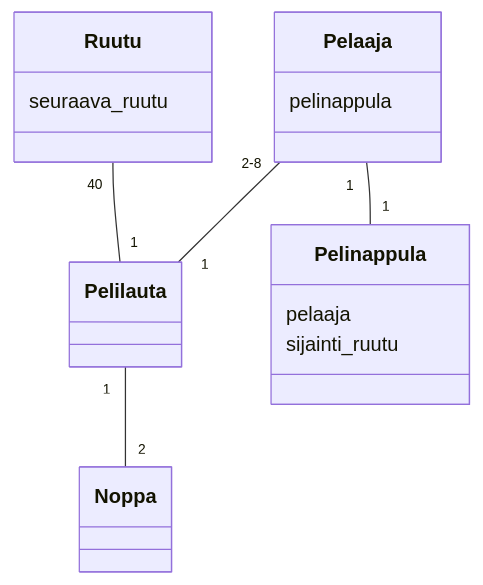
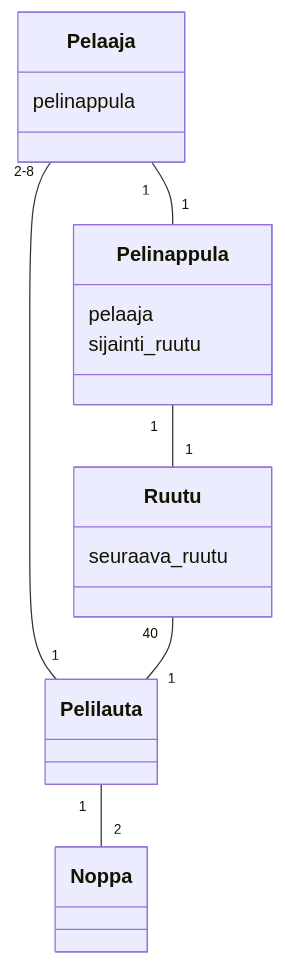
One commit to arolaeemil/ot-harjoitustyo changed the diagram in laskarit/viikko3/monopoli.md. Above: the diagram before and after it, drawn with Mermaid.

````diff
--- a/laskarit/viikko3/monopoli.md
+++ b/laskarit/viikko3/monopoli.md
@@ -1,21 +1,22 @@
 ```mermaid
  classDiagram
 	Pelaaja "2-8" -- "1" Pelilauta
 	Ruutu "40" -- "1" Pelilauta
 	Pelaaja "1" -- "1" Pelinappula
 	Pelilauta "1" -- "2" Noppa
+	Pelinappula "1" -- "1" Ruutu
 	class Pelaaja{
 	pelinappula
 	}
 	class Pelilauta{
 	}
 	class Ruutu{
 	seuraava_ruutu
 	}
 	class Pelinappula{
 	pelaaja
 	sijainti_ruutu
 	}
 	class Noppa{
 	}
 ```
````
